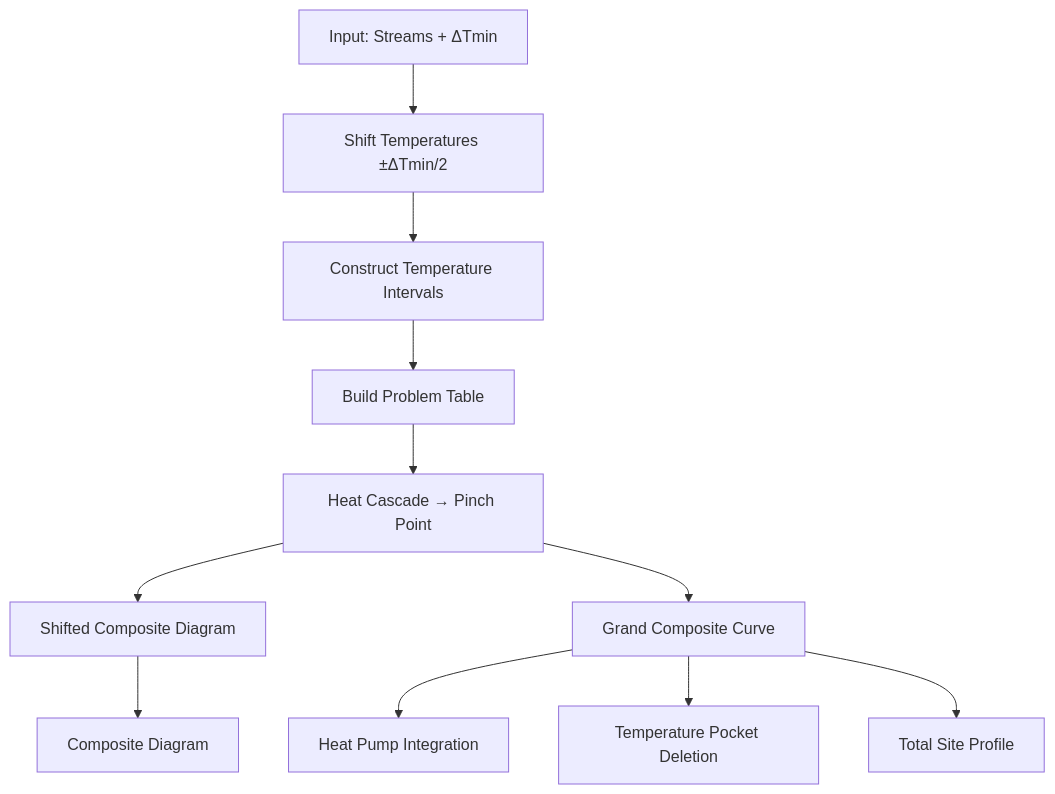
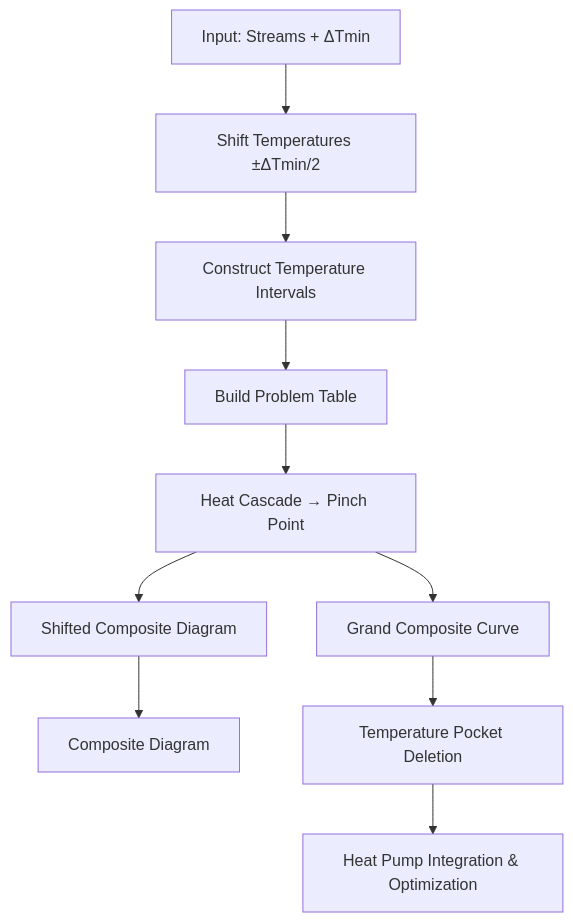
One commit to drzg15/HeatTransPlan changed the diagram in docs/_build/html/_sources/pinch_analysis.md. Above: the diagram before and after it, drawn with Mermaid. The commit also changed other lines of this file and 34 other files, not shown here.

Commit message:
refactor: move temperature pocket deletion documentation into pinch analysis and consolidate related files

````diff
--- a/docs/_build/html/_sources/pinch_analysis.md
+++ b/docs/_build/html/_sources/pinch_analysis.md
@@ -390,13 +438,12 @@
 ```mermaid
 flowchart TD
     A[Input: Streams + ΔTmin] --> B[Shift Temperatures ±ΔTmin/2]
     B --> C[Construct Temperature Intervals]
     C --> D[Build Problem Table]
     D --> E[Heat Cascade → Pinch Point]
     E --> F[Shifted Composite Diagram]
     F --> G[Composite Diagram]
     E --> H[Grand Composite Curve]
-    H --> I[Heat Pump Integration]
-    H --> J[Temperature Pocket Deletion]
-    H --> K[Total Site Profile]
+    H --> I[Temperature Pocket Deletion]
+    I --> J[Heat Pump Integration & Optimization]
 ```
````
